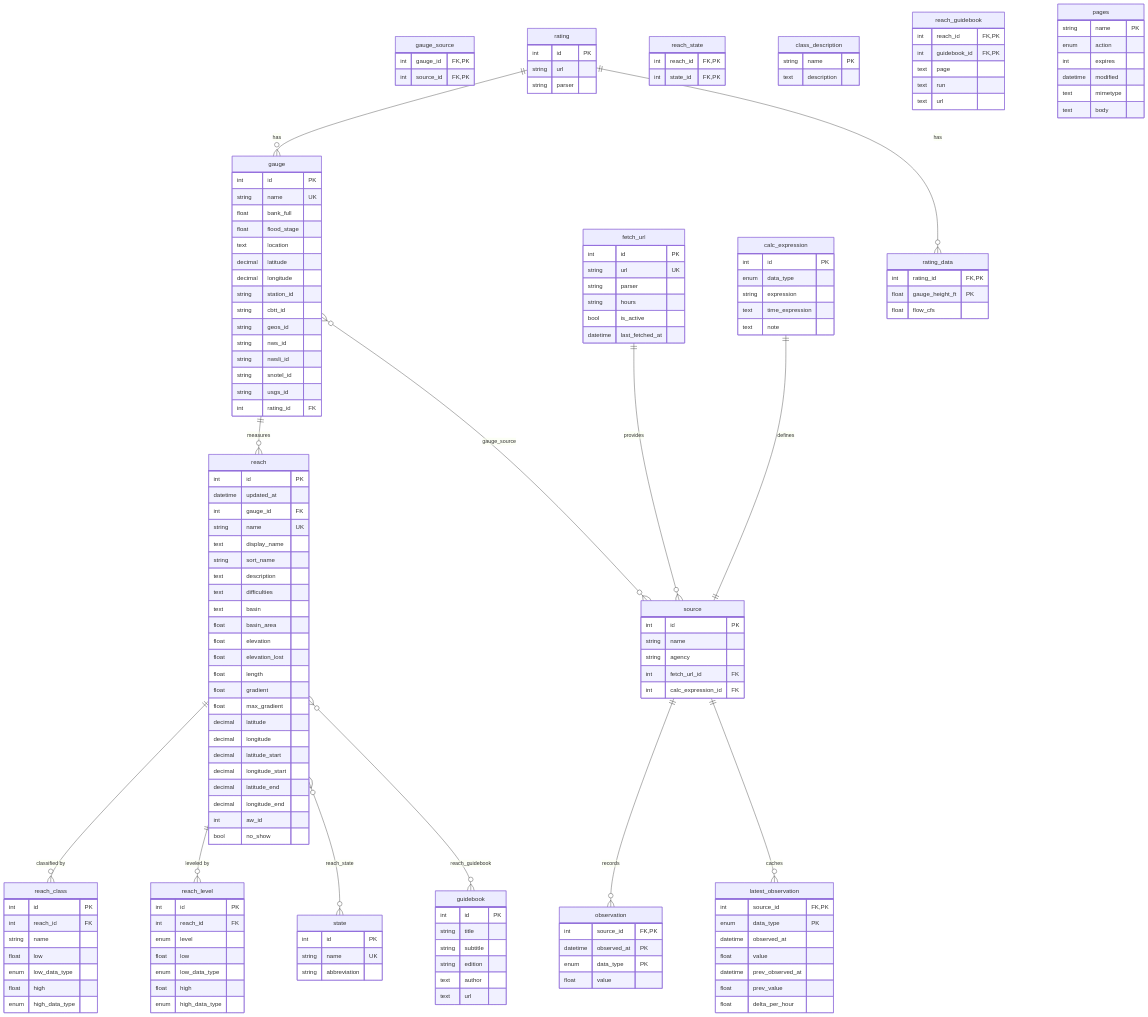
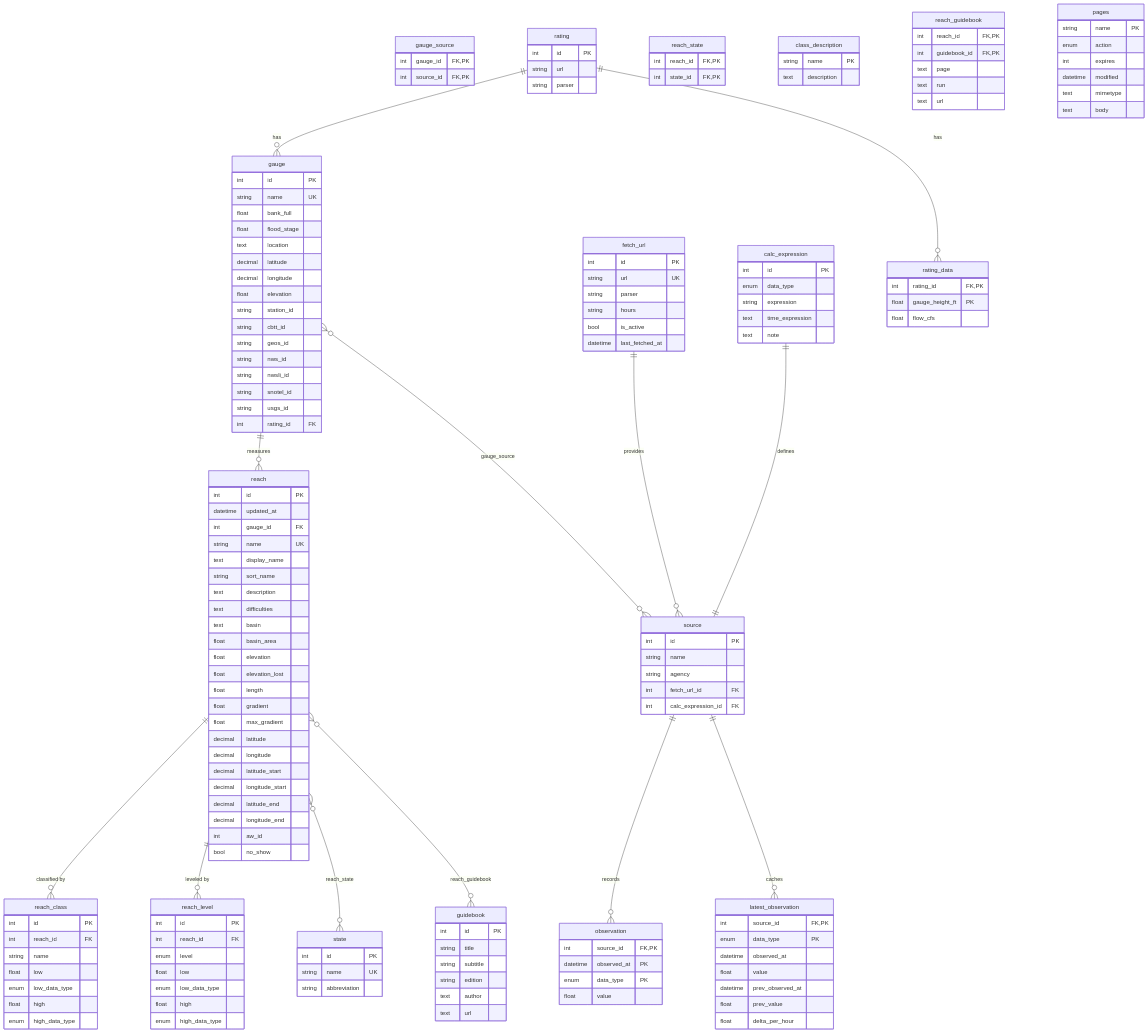
The diagram in docs/schema.md (mousebrains/kayak_python), drawn with Mermaid before and after one commit. The commit also changed 7 other files, not shown here.

```diff
--- a/docs/schema.md
+++ b/docs/schema.md
@@ -18,6 +18,7 @@
         text location
         decimal latitude
         decimal longitude
+        float elevation
         string station_id
         string cbtt_id
         string geos_id
```
